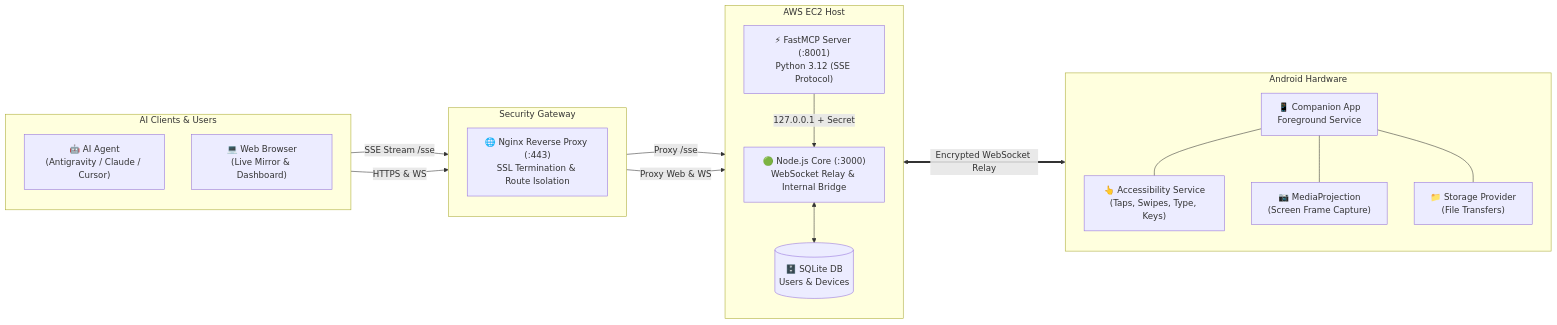
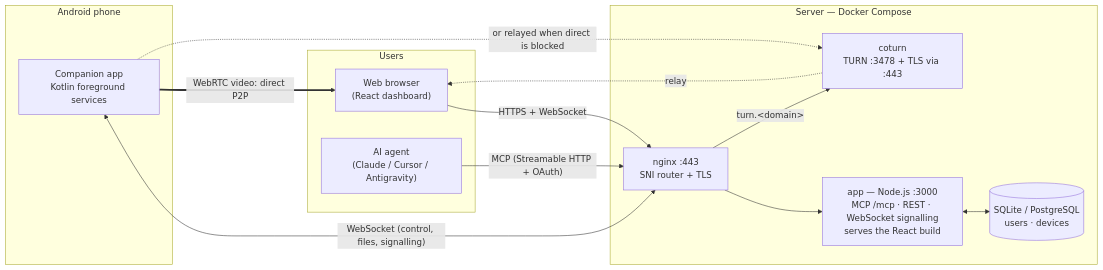
Before and after one commit to GuptaOum/phone-remote: the diagram in README.md, drawn with Mermaid. The commit also changed other lines of this file and 14 other files, not shown here.

First line of the commit message:
feat(mcp): MCP-first, Streamable HTTP only; show signed-in account on OAuth approval

````diff
--- a/README.md
+++ b/README.md
@@ -18,41 +66,29 @@
 ```mermaid
 flowchart LR
-    subgraph Clients [" AI Clients & Users "]
-        direction TB
-        Agent["🤖 AI Agent<br/>(Antigravity / Claude / Cursor)"]
-        Browser["💻 Web Browser<br/>(Live Mirror & Dashboard)"]
+    subgraph Users
+        Browser["Web browser<br/>(React dashboard)"]
+        Agent["AI agent<br/>(Claude / Cursor / Antigravity)"]
     end
 
-    subgraph Gateway [" Security Gateway "]
-        direction TB
-        Nginx["🌐 Nginx Reverse Proxy (:443)<br/>SSL Termination & Route Isolation"]
+    subgraph Server["Server — Docker Compose"]
+        Nginx["nginx :443<br/>SNI router + TLS"]
+        App["app — Node.js :3000<br/>MCP /mcp · REST · WebSocket signalling<br/>serves the React build"]
+        TURN["coturn<br/>TURN :3478 + TLS via :443"]
+        DB[("SQLite / PostgreSQL<br/>users · devices")]
     end
 
-    subgraph Backend [" AWS EC2 Host "]
-        direction TB
-        FastMCP["⚡ FastMCP Server (:8001)<br/>Python 3.12 (SSE Protocol)"]
-        Node["🟢 Node.js Core (:3000)<br/>WebSocket Relay & Internal Bridge"]
-        DB[("🗄️ SQLite DB<br/>Users & Devices")]
-        FastMCP -->|"127.0.0.1 + Secret"| Node
-        Node <--> DB
+    subgraph Phone["Android phone"]
+        Svc["Companion app<br/>Kotlin foreground services"]
     end
 
-    subgraph Phone [" Android Hardware "]
-        direction TB
-        App["📱 Companion App<br/>Foreground Service"]
-        A11y["👆 Accessibility Service<br/>(Taps, Swipes, Type, Keys)"]
-        Media["📷 MediaProjection<br/>(Screen Frame Capture)"]
-        Files["📁 Storage Provider<br/>(File Transfers)"]
-        App --- A11y
-        App --- Media
-        App --- Files
-    end
+    Browser -- "HTTPS + WebSocket" --> Nginx
+    Agent -- "MCP (Streamable HTTP + OAuth)" --> Nginx
+    Nginx --> App
+    Nginx -- "turn.&lt;domain&gt;" --> TURN
+    App <--> DB
+    Svc <-- "WebSocket (control, files, signalling)" --> Nginx
 
-    Agent -->|"SSE Stream /sse"| Nginx
-    Browser -->|"HTTPS & WS"| Nginx
-
-    Nginx -->|"Proxy /sse"| FastMCP
-    Nginx -->|"Proxy Web & WS"| Node
-
-    Node <===>|"Encrypted WebSocket Relay"| App
+    Svc == "WebRTC video: direct P2P" ==> Browser
+    Svc -. "or relayed when direct is blocked" .-> TURN
+    TURN -. relay .-> Browser
 ```
````
